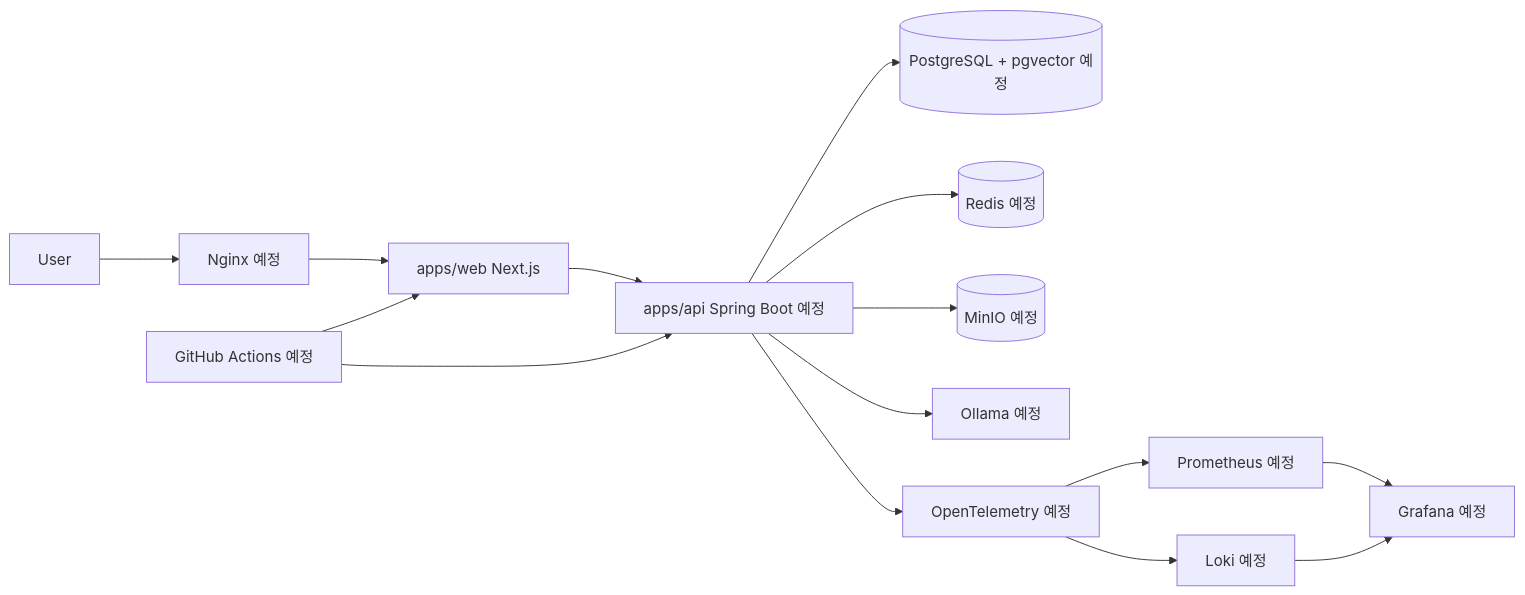
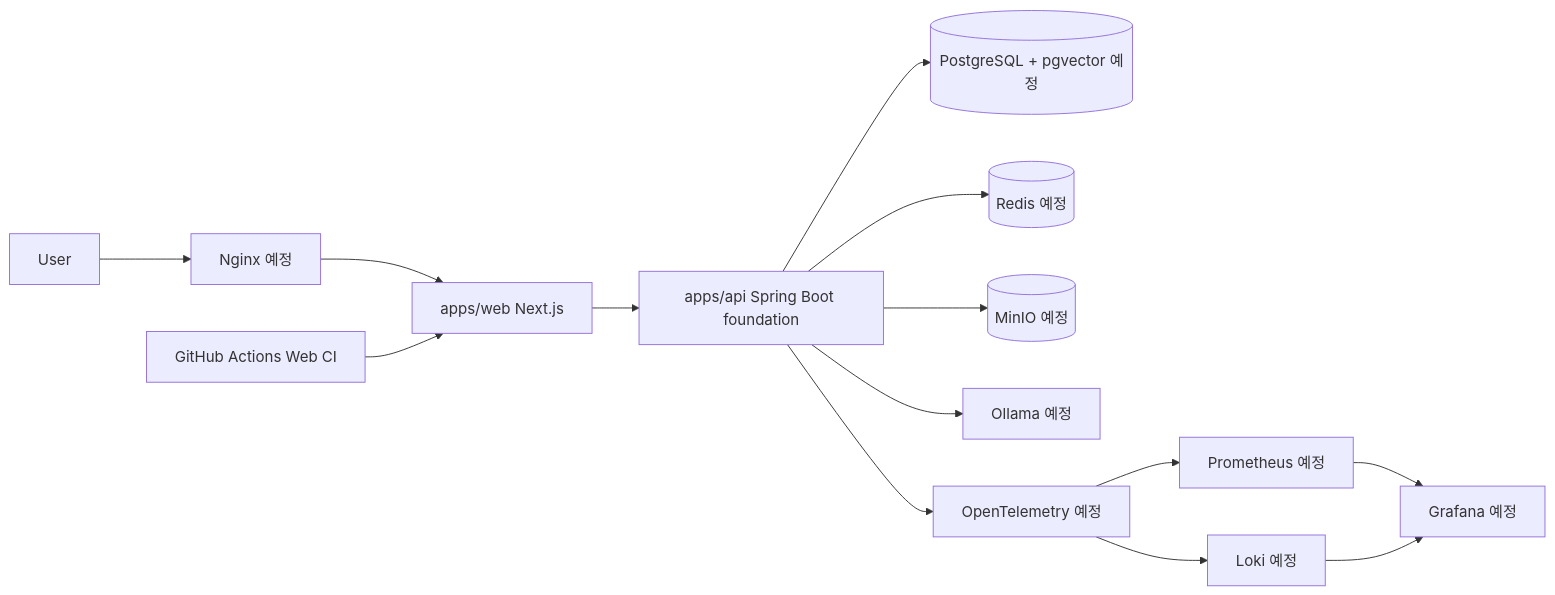
The diagram in docs/architecture.md (jhjung3072/assistops-free), drawn with Mermaid before and after one commit. The commit also changed other lines of this file and 21 other files, not shown here.

Commit message:
구조: Spring Boot API 기본 골격 추가

````diff
--- a/docs/architecture.md
+++ b/docs/architecture.md
@@ -13,17 +14,16 @@
 ```mermaid
 flowchart LR
   user[User] --> nginx[Nginx 예정]
   nginx --> web[apps/web Next.js]
-  web --> api[apps/api Spring Boot 예정]
+  web --> api[apps/api Spring Boot foundation]
   api --> postgres[(PostgreSQL + pgvector 예정)]
   api --> redis[(Redis 예정)]
   api --> minio[(MinIO 예정)]
   api --> ollama[Ollama 예정]
   api --> otel[OpenTelemetry 예정]
   otel --> prometheus[Prometheus 예정]
   otel --> loki[Loki 예정]
   prometheus --> grafana[Grafana 예정]
   loki --> grafana
-  github[GitHub Actions 예정] --> web
-  github --> api
+  github[GitHub Actions Web CI] --> web
 ```
````
